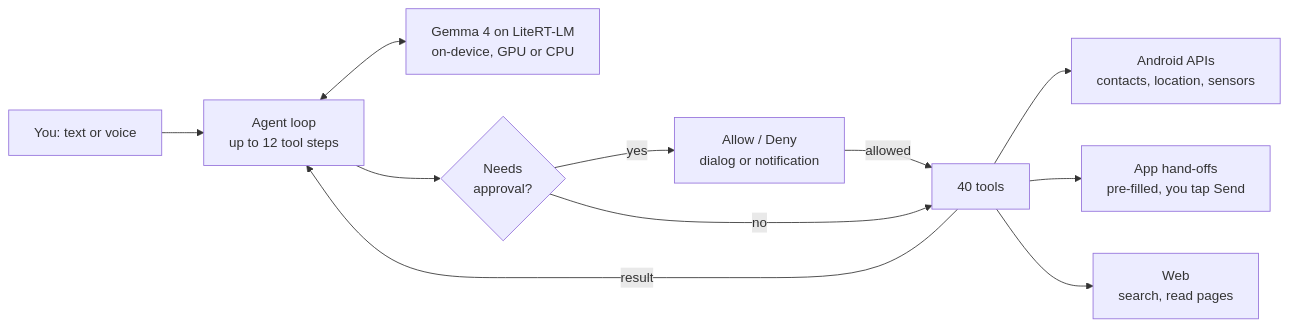
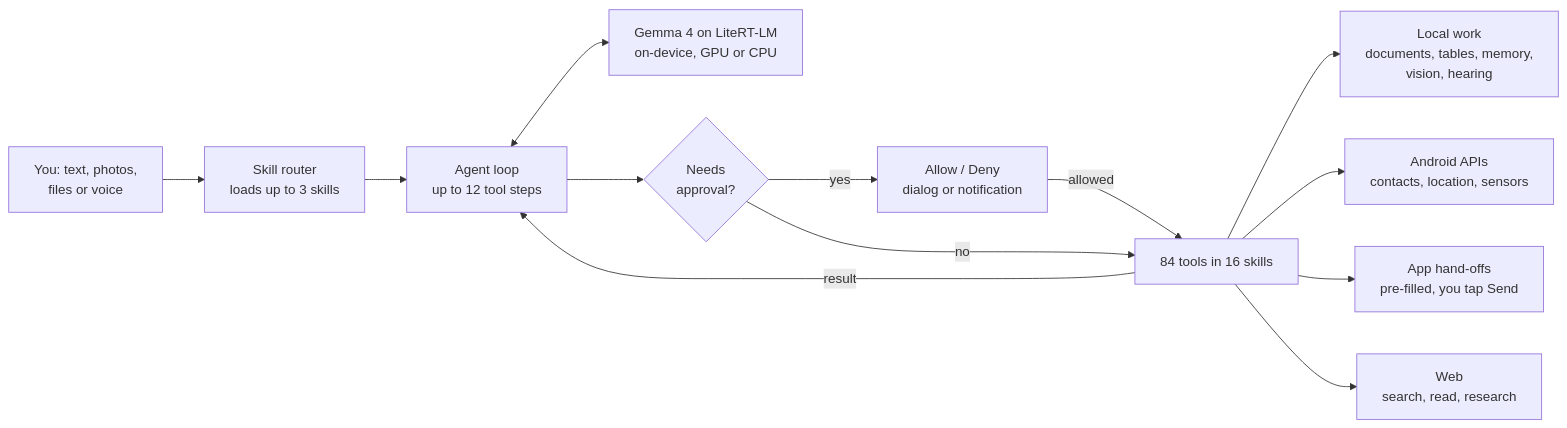
The diagram in README.md (aryanipb/MySI), drawn with Mermaid before and after one commit. The commit also changed other lines of this file, not shown here.

Commit message:
Describe version 1.0 in the README: skills, senses, research and one-tap setup

````diff
--- a/README.md
+++ b/README.md
@@ -42,13 +52,15 @@
 ```mermaid
 flowchart LR
-    U["You: text or voice"] --> A["Agent loop<br/>up to 12 tool steps"]
+    U["You: text, photos,<br/>files or voice"] --> R["Skill router<br/>loads up to 3 skills"]
+    R --> A["Agent loop<br/>up to 12 tool steps"]
     A <--> M["Gemma 4 on LiteRT-LM<br/>on-device, GPU or CPU"]
     A --> G{"Needs<br/>approval?"}
     G -- yes --> P["Allow / Deny<br/>dialog or notification"]
-    P -- allowed --> T["40 tools"]
+    P -- allowed --> T["84 tools in 16 skills"]
     G -- no --> T
+    T --> L["Local work<br/>documents, tables, memory,<br/>vision, hearing"]
     T --> S["Android APIs<br/>contacts, location, sensors"]
     T --> H["App hand-offs<br/>pre-filled, you tap Send"]
-    T --> W["Web<br/>search, read pages"]
+    T --> W["Web<br/>search, read, research"]
     T -- result --> A
 ```
````
